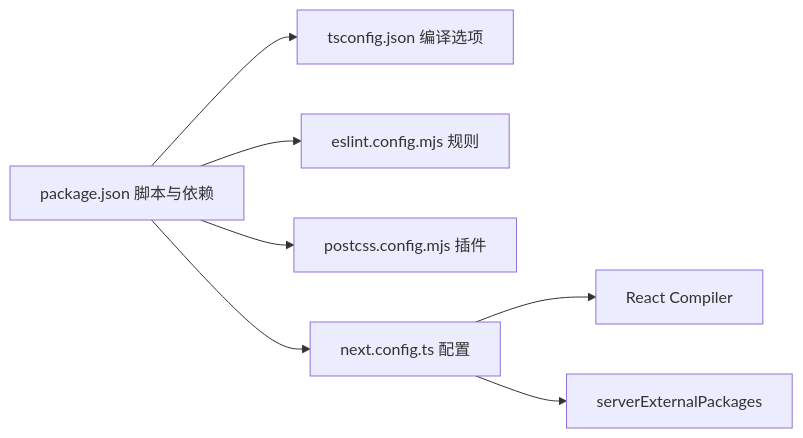
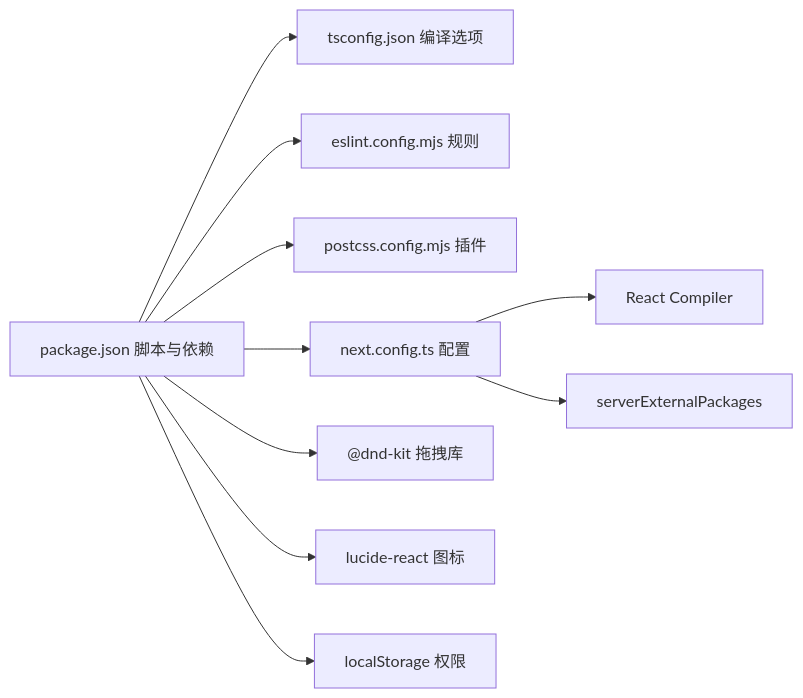
Before and after one commit to tutusiji/lantu-next: the seventh of 7 diagrams in .qoder/repowiki/zh/content/开发指南/开发指南.md, drawn with Mermaid. The commit also changed other lines of this file and 22 other files, not shown here.

````diff
--- a/.qoder/repowiki/zh/content/开发指南/开发指南.md
+++ b/.qoder/repowiki/zh/content/开发指南/开发指南.md
@@ -296,9 +589,12 @@
 ```mermaid
 graph LR
 Pkg["package.json 脚本与依赖"] --> TS["tsconfig.json 编译选项"]
 Pkg --> ESL["eslint.config.mjs 规则"]
 Pkg --> PC["postcss.config.mjs 插件"]
 Pkg --> NC["next.config.ts 配置"]
 NC --> RC["React Compiler"]
 NC --> SE["serverExternalPackages"]
+Pkg --> DnD["@dnd-kit 拖拽库"]
+Pkg --> Lucide["lucide-react 图标"]
+Pkg --> LocalStorage["localStorage 权限"]
 ```
````
